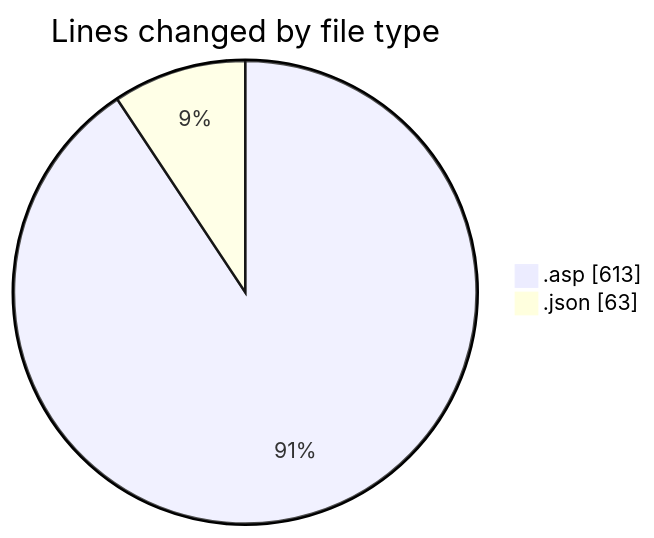
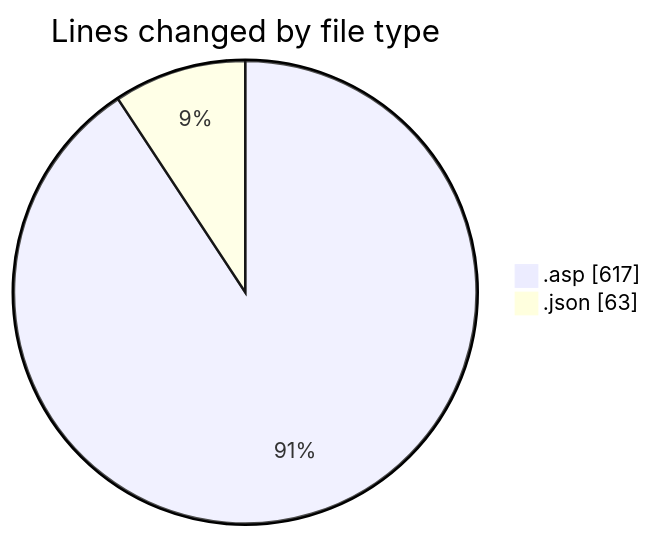
The first of 2 diagrams in 2025-10-20/usr_aleoudev_fr__workspace_/README.md (julien-gomy/code-tracking), drawn with Mermaid before and after one commit. The commit also changed other lines of this file and 1 other file, not shown here.

````diff
--- a/2025-10-20/usr_aleoudev_fr__workspace_/README.md
+++ b/2025-10-20/usr_aleoudev_fr__workspace_/README.md
@@ -22,6 +22,6 @@
 ```mermaid
 pie showData
 title Lines changed by file type
-".asp" : 613
+".asp" : 617
 ".json" : 63
 ```
````
